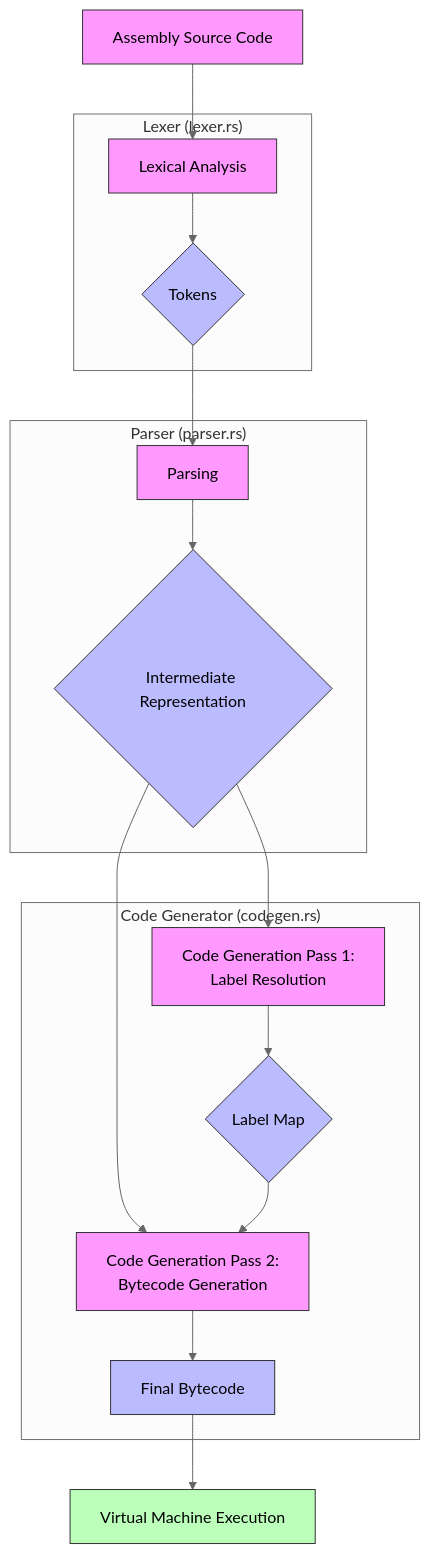
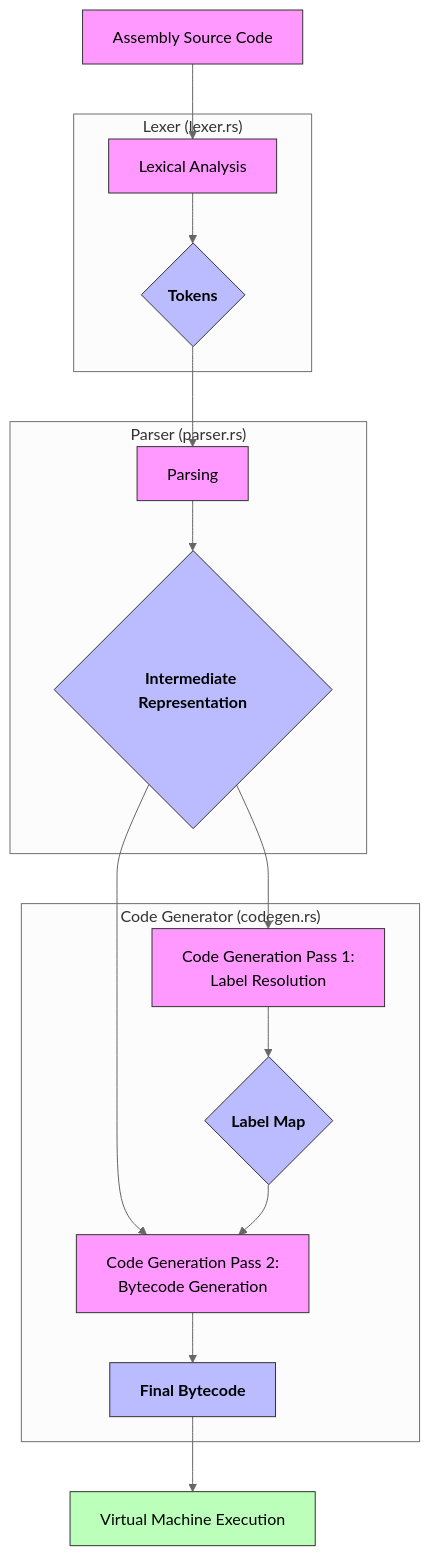
The fourth of 5 diagrams in README.md (dtg-lucifer/16bit-vm-rust), drawn with Mermaid (neutral theme) before and after one commit. The commit also changed other lines of this file and 2 other files, not shown here.

````diff
--- a/README.md
+++ b/README.md
@@ -438,38 +543,38 @@
 ```mermaid
 graph TD
     A[Assembly Source Code] --> B[Lexical Analysis]
     B --> C{Tokens}
     C --> D[Parsing]
     D --> E{Intermediate Representation}
     E --> F[Code Generation Pass 1:<br>Label Resolution]
     F --> G{Label Map}
     E --> H[Code Generation Pass 2:<br>Bytecode Generation]
     G --> H
     H --> I[Final Bytecode]
     I --> J[Virtual Machine Execution]
 
     subgraph "Lexer (lexer.rs)"
         B
         C
     end
 
     subgraph "Parser (parser.rs)"
         D
         E
     end
 
     subgraph "Code Generator (codegen.rs)"
         F
         G
         H
         I
     end
 
     classDef code fill:#f9f,stroke:#333;
-    classDef data fill:#bbf,stroke:#333;
+    classDef data fill:#bbf,stroke:#333,color:#000,font-weight:bold;
     classDef exec fill:#bfb,stroke:#333;
 
     class A,B,D,F,H code;
     class C,E,G,I data;
     class J exec;
 ```
````
